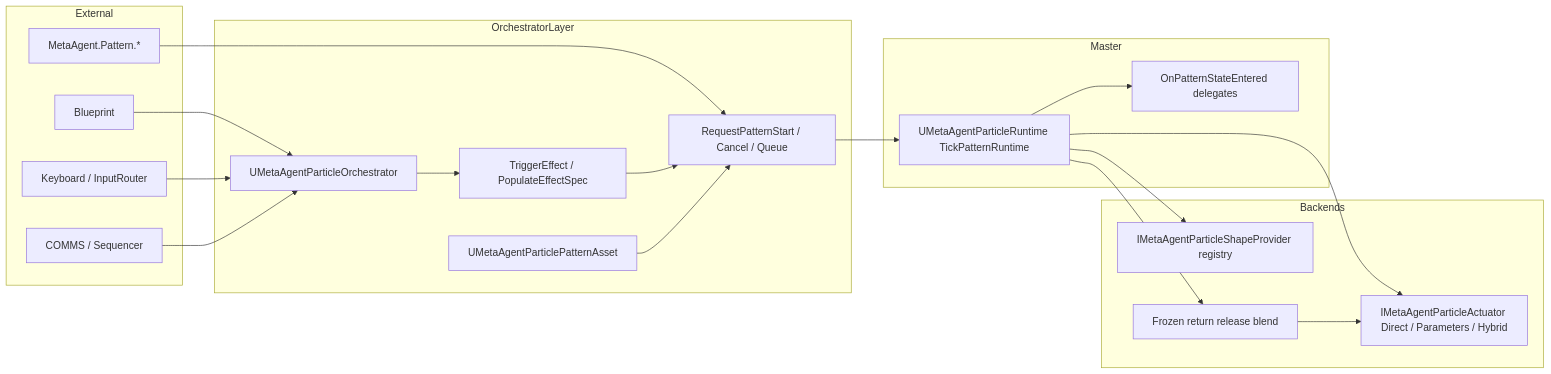
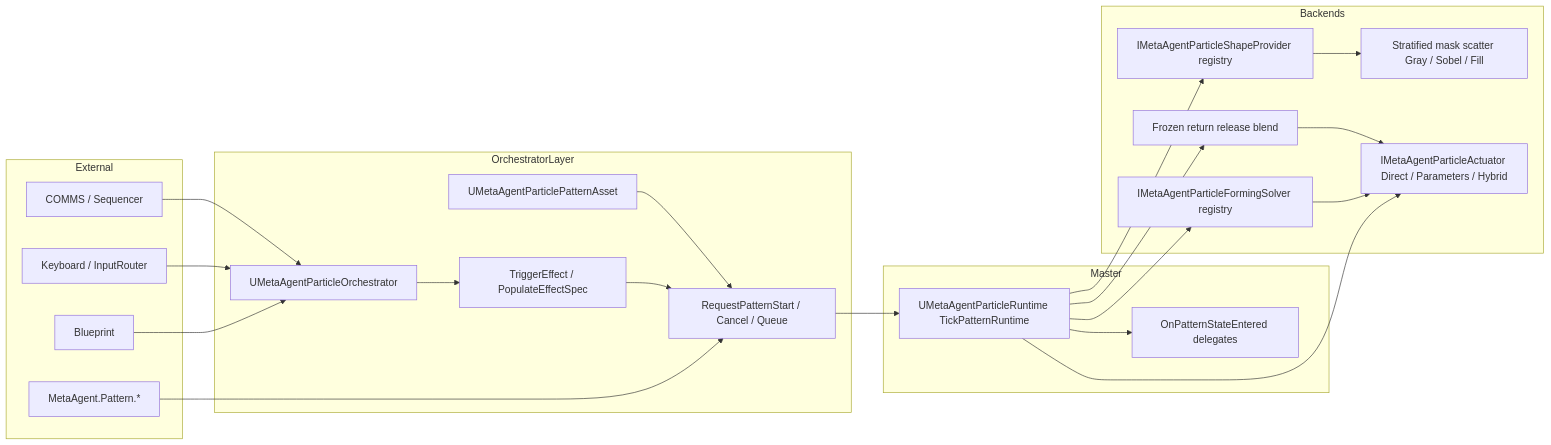
One commit to vecnode/metaagent-ue5-plugin changed diagram 14 of 14 in README.md. Above: the diagram before and after it, drawn with Mermaid. The commit also changed other lines of this file and 12 other files, not shown here.

````diff
--- a/README.md
+++ b/README.md
@@ -845,41 +926,46 @@
 ```mermaid
 flowchart LR
     subgraph External
         BP[Blueprint]
         Keys[Keyboard / InputRouter]
         COMMS[COMMS / Sequencer]
         Console[MetaAgent.Pattern.*]
     end
 
     subgraph OrchestratorLayer
         ORCH[UMetaAgentParticleOrchestrator]
         FX[TriggerEffect / PopulateEffectSpec]
         CMD[RequestPatternStart / Cancel / Queue]
         Asset[UMetaAgentParticlePatternAsset]
     end
 
     subgraph Master
         FSM[UMetaAgentParticleRuntime TickPatternRuntime]
         Events[OnPatternStateEntered delegates]
     end
 
     subgraph Backends
         Shapes[IMetaAgentParticleShapeProvider registry]
+        Scatter[Stratified mask scatter Gray / Sobel / Fill]
+        Forming[IMetaAgentParticleFormingSolver registry]
         Act[IMetaAgentParticleActuator Direct / Parameters / Hybrid]
         Traj[Frozen return release blend]
     end
 
     BP --> ORCH
     Keys --> ORCH
     COMMS --> ORCH
     Console --> CMD
     ORCH --> FX
     FX --> CMD
     Asset --> CMD
     CMD --> FSM
     FSM --> Events
     FSM --> Shapes
+    Shapes --> Scatter
+    FSM --> Forming
     FSM --> Act
+    Forming --> Act
     FSM --> Traj
     Traj --> Act
 ```
````
